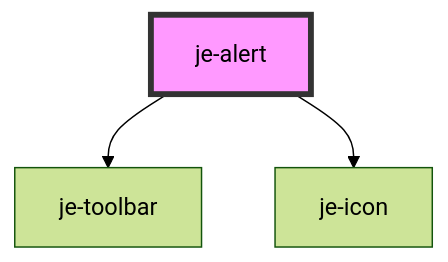
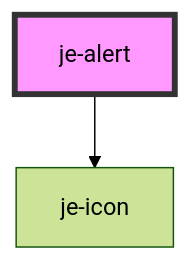
One commit to pgreen00/jebamo changed the diagram in packages/docs/docs/components/je-alert/readme.md. Above: the diagram before and after it, drawn with Mermaid (forest theme). The commit also changed other lines of this file and 47 other files, not shown here.

````diff
--- a/packages/docs/docs/components/je-alert/readme.md
+++ b/packages/docs/docs/components/je-alert/readme.md
@@ -89,6 +85,5 @@
 ```mermaid
 graph TD;
-  je-alert --> je-toolbar
   je-alert --> je-icon
   style je-alert fill:#f9f,stroke:#333,stroke-width:4px
 ```
````
